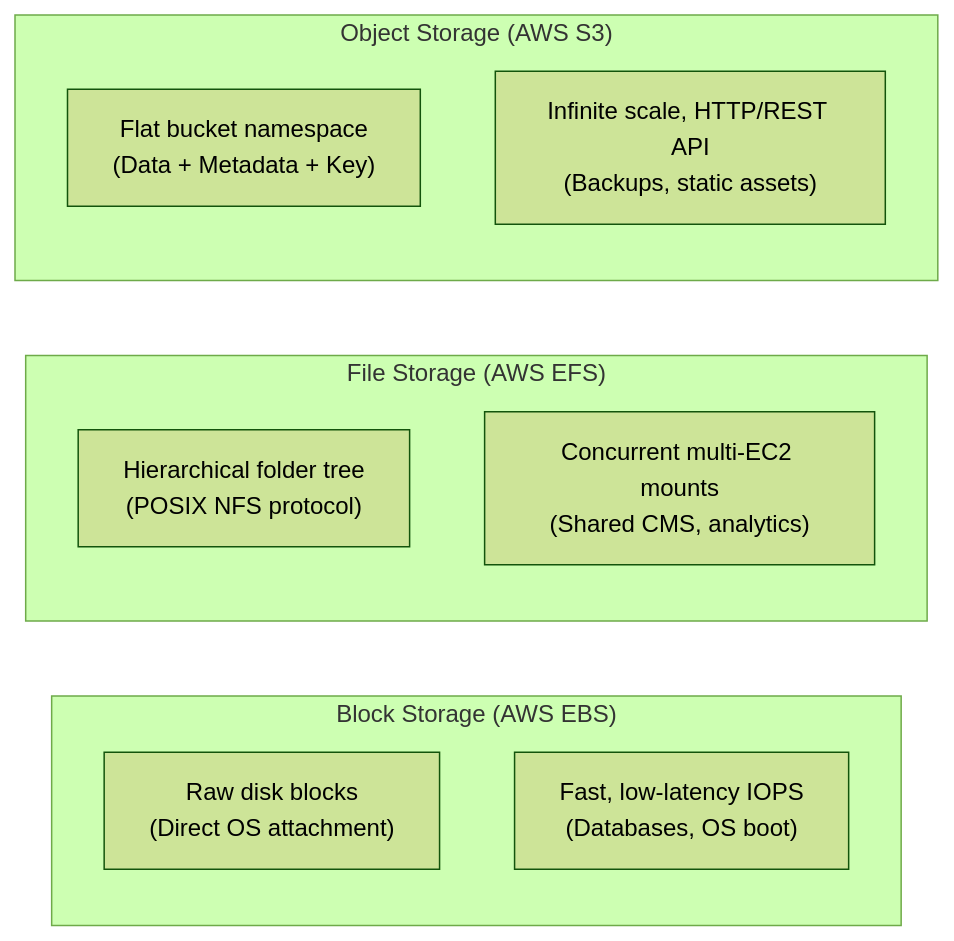
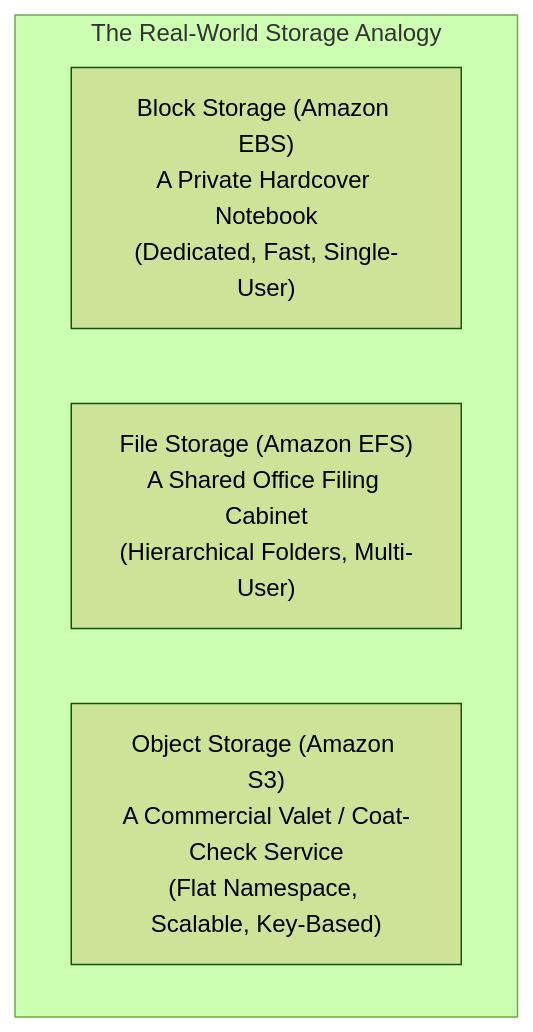
The first of 6 diagrams in Cloud/Practitioner/CLF-C02/02_Prerequisites/03_Storage_Paradigms.md (fakhruldeen/AWS), drawn with Mermaid (forest theme) before and after one commit. The commit also changed other lines of this file and 5 other files, not shown here.

````diff
--- a/Cloud/Practitioner/CLF-C02/02_Prerequisites/03_Storage_Paradigms.md
+++ b/Cloud/Practitioner/CLF-C02/02_Prerequisites/03_Storage_Paradigms.md
@@ -5,17 +21,8 @@
 ```mermaid
-graph LR
-    subgraph BlockStorage["Block Storage (AWS EBS)"]
-        B1["Raw disk blocks\n(Direct OS attachment)"]
-        B2["Fast, low-latency IOPS\n(Databases, OS boot)"]
-    end
-
-    subgraph FileStorage["File Storage (AWS EFS)"]
-        F1["Hierarchical folder tree\n(POSIX NFS protocol)"]
-        F2["Concurrent multi-EC2 mounts\n(Shared CMS, analytics)"]
-    end
-
-    subgraph ObjectStorage["Object Storage (AWS S3)"]
-        O1["Flat bucket namespace\n(Data + Metadata + Key)"]
-        O2["Infinite scale, HTTP/REST API\n(Backups, static assets)"]
+flowchart TD
+    subgraph Analogy["The Real-World Storage Analogy"]
+        Block["Block Storage (Amazon EBS)\nA Private Hardcover Notebook\n(Dedicated, Fast, Single-User)"]
+        File["File Storage (Amazon EFS)\nA Shared Office Filing Cabinet\n(Hierarchical Folders, Multi-User)"]
+        Object["Object Storage (Amazon S3)\nA Commercial Valet / Coat-Check Service\n(Flat Namespace, Scalable, Key-Based)"]
     end
 ```
````
